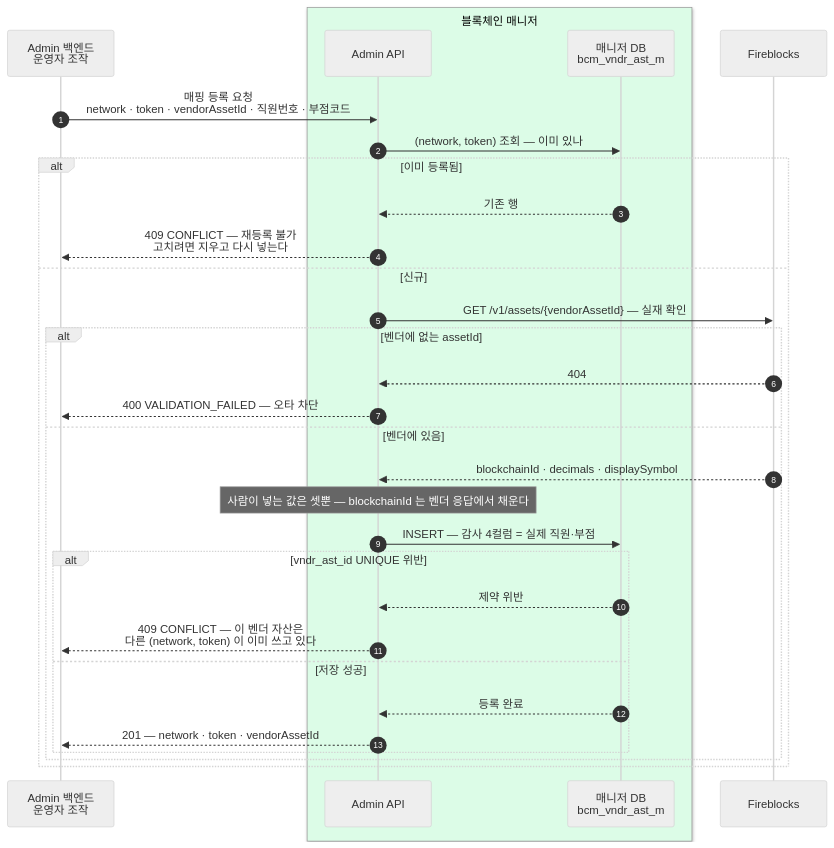
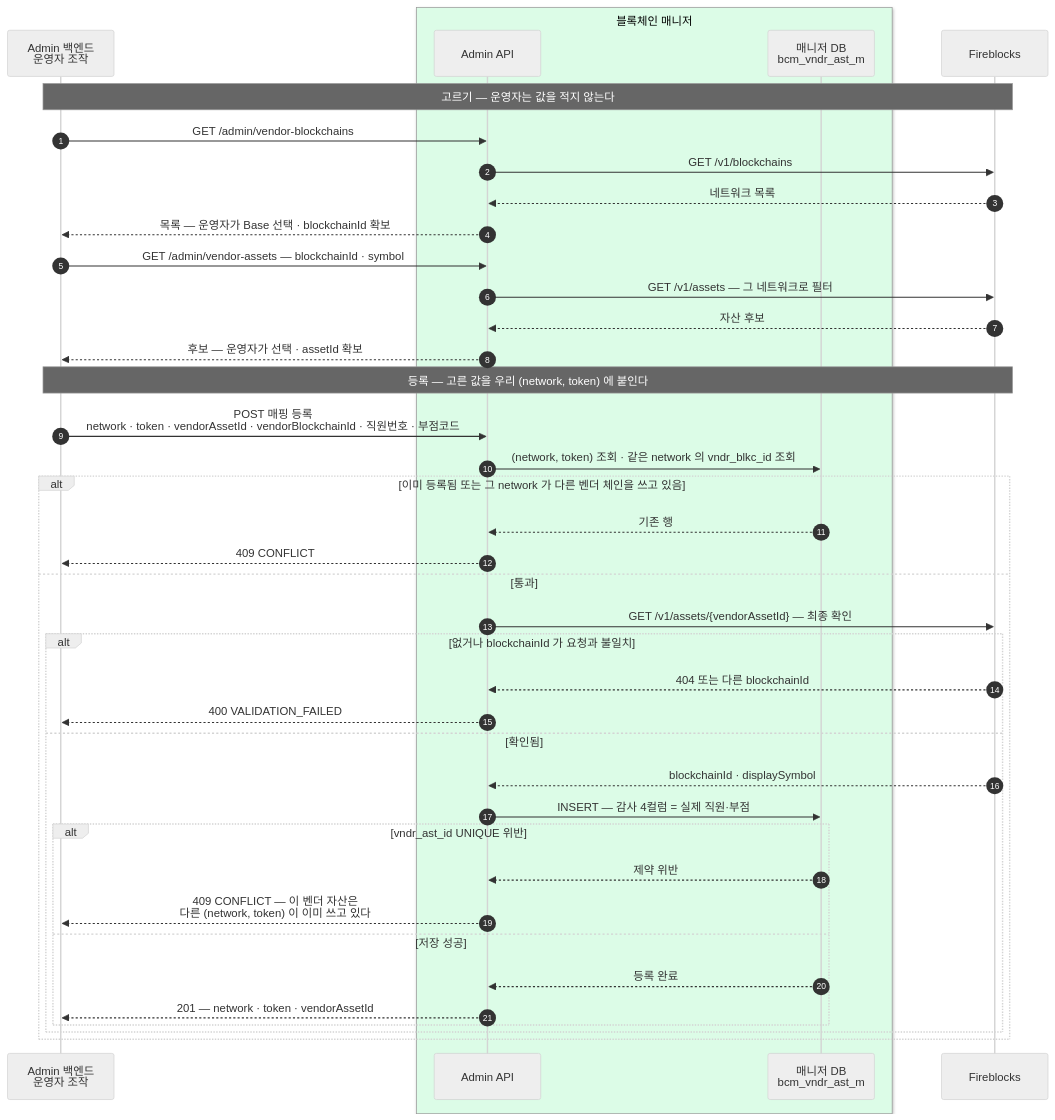
One commit to eunsujeo/eunpus changed the diagram in blockchain-manager/docs/BC/설계/07-asset-master.md. Above: the diagram before and after it, drawn with Mermaid (neutral theme). The commit also changed other lines of this file, not shown here.

Commit message:
등록 절 보완 — vendorAssetId 의 출처를 설계에 넣음
지적: 다이어그램에서 vendorAssetId 가 어디서 왔는지가 빠져 있었다. 실제로는 운영자가
벤더 콘솔에서 눈으로 찾아 복붙하게 되는데, 그건 관문 셋이 막으려던 실수를 만드는 자리다.

- 조회 오퍼레이션 둘 추가 (읽기 전용 프록시) — 네트워크 목록 → 그 네트워크의 자산 후보
  운영자는 값을 적지 않고 고른다. 옮겨 적는 구간이 없어져 오타 자체가 안 생긴다
- 고르는 과정에서 벤더 blockchainId 도 확보 → 등록 요청에 실어 대조
- 불변식 추가: 한 ntwk_cd 는 한 vndr_blkc_id. 첫 줄만 제대로 고르면 나머지는 기계가 막는다
- vndr_blkc_id 를 NOT NULL 로
- 그 결과 남아 있던 구멍이 닫혀, 네트워크 코드 값 결정이 검증과 분리됐다
  (벤더 blockchainId 를 별도 컬럼으로 들고 대조하므로 어느 이름을 쓰든 성립)

````diff
--- a/blockchain-manager/docs/BC/설계/07-asset-master.md
+++ b/blockchain-manager/docs/BC/설계/07-asset-master.md
@@ -66,34 +67,44 @@
 ```mermaid
 sequenceDiagram
     autonumber
     participant ADM as Admin 백엔드<br/>운영자 조작
     box rgb(220,252,231) 블록체인 매니저
     participant API as Admin API
     participant MDB as 매니저 DB<br/>bcm_vndr_ast_m
     end
     participant FB as Fireblocks
 
-    ADM->>API: 매핑 등록 요청<br/>network · token · vendorAssetId · 직원번호 · 부점코드
-    API->>MDB: (network, token) 조회 — 이미 있나
-    alt 이미 등록됨
+    Note over ADM,FB: 고르기 — 운영자는 값을 적지 않는다
+    ADM->>API: GET /admin/vendor-blockchains
+    API->>FB: GET /v1/blockchains
+    FB-->>API: 네트워크 목록
+    API-->>ADM: 목록 — 운영자가 Base 선택 · blockchainId 확보
+    ADM->>API: GET /admin/vendor-assets — blockchainId · symbol
+    API->>FB: GET /v1/assets — 그 네트워크로 필터
+    FB-->>API: 자산 후보
+    API-->>ADM: 후보 — 운영자가 선택 · assetId 확보
+
+    Note over ADM,FB: 등록 — 고른 값을 우리 (network, token) 에 붙인다
+    ADM->>API: POST 매핑 등록<br/>network · token · vendorAssetId · vendorBlockchainId · 직원번호 · 부점코드
+    API->>MDB: (network, token) 조회 · 같은 network 의 vndr_blkc_id 조회
+    alt 이미 등록됨 또는 그 network 가 다른 벤더 체인을 쓰고 있음
         MDB-->>API: 기존 행
-        API-->>ADM: 409 CONFLICT — 재등록 불가<br/>고치려면 지우고 다시 넣는다
-    else 신규
-        API->>FB: GET /v1/assets/{vendorAssetId} — 실재 확인
-        alt 벤더에 없는 assetId
-            FB-->>API: 404
-            API-->>ADM: 400 VALIDATION_FAILED — 오타 차단
-        else 벤더에 있음
-            FB-->>API: blockchainId · decimals · displaySymbol
-            Note over API: 사람이 넣는 값은 셋뿐 — blockchainId 는 벤더 응답에서 채운다
+        API-->>ADM: 409 CONFLICT
+    else 통과
+        API->>FB: GET /v1/assets/{vendorAssetId} — 최종 확인
+        alt 없거나 blockchainId 가 요청과 불일치
+            FB-->>API: 404 또는 다른 blockchainId
+            API-->>ADM: 400 VALIDATION_FAILED
+        else 확인됨
+            FB-->>API: blockchainId · displaySymbol
             API->>MDB: INSERT — 감사 4컬럼 = 실제 직원·부점
             alt vndr_ast_id UNIQUE 위반
                 MDB-->>API: 제약 위반
                 API-->>ADM: 409 CONFLICT — 이 벤더 자산은<br/>다른 (network, token) 이 이미 쓰고 있다
             else 저장 성공
                 MDB-->>API: 등록 완료
                 API-->>ADM: 201 — network · token · vendorAssetId
             end
         end
     end
 ```
````
